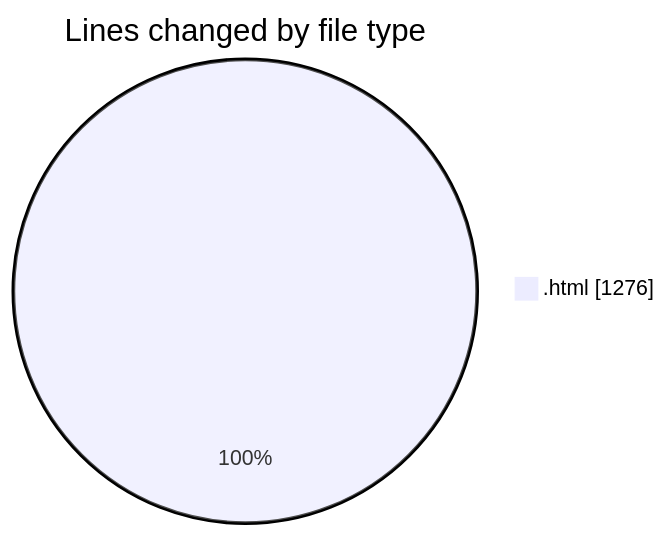
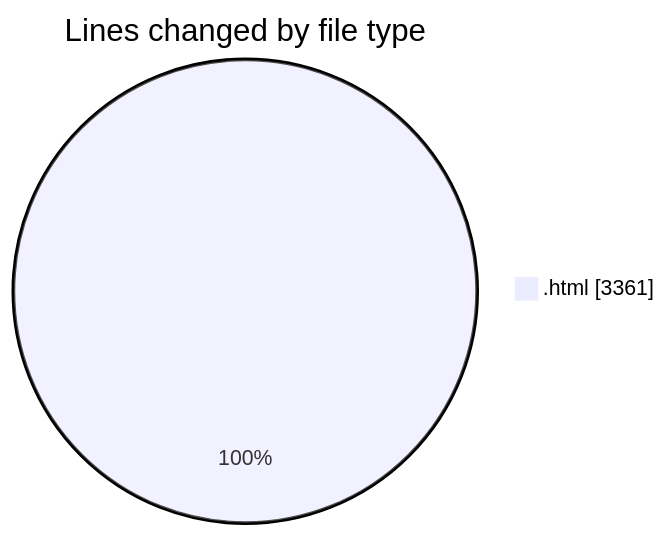
The first of 2 diagrams in 2025-08-09/nxtqube_webapp/README.md (nxtqubesakshisongat/code-tracking), drawn with Mermaid before and after one commit. The commit also changed other lines of this file and 1 other file, not shown here.

````diff
--- a/2025-08-09/nxtqube_webapp/README.md
+++ b/2025-08-09/nxtqube_webapp/README.md
@@ -20,5 +20,5 @@
 ```mermaid
 pie showData
 title Lines changed by file type
-".html" : 1276
+".html" : 3361
 ```
````
